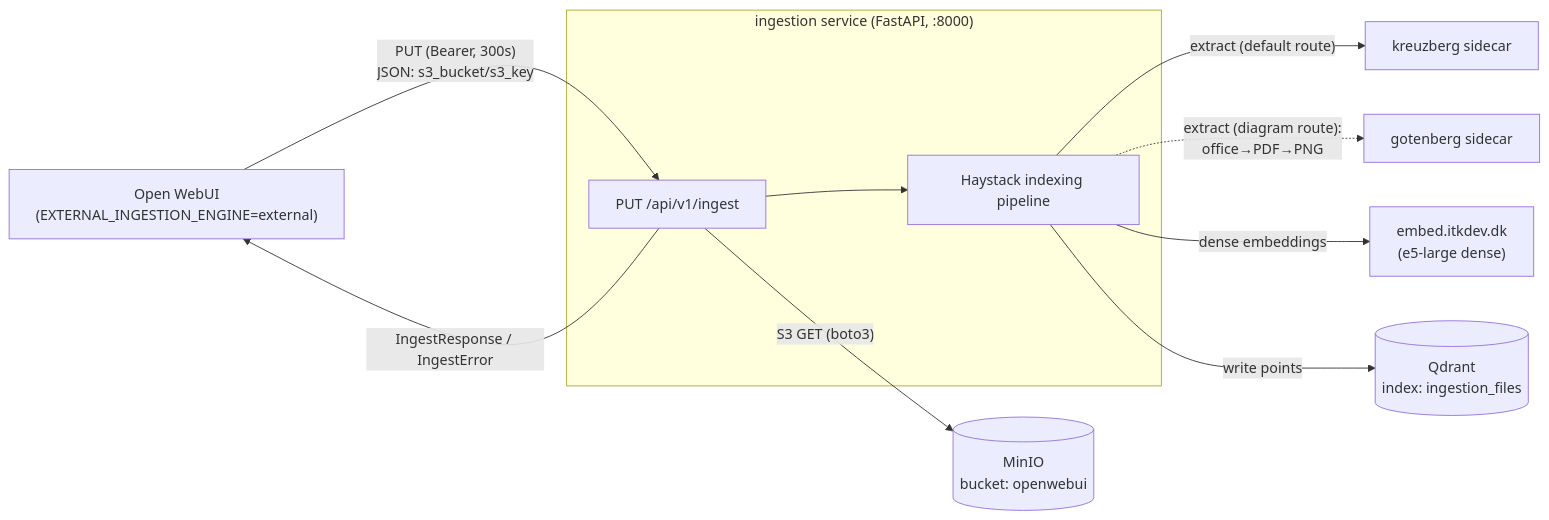
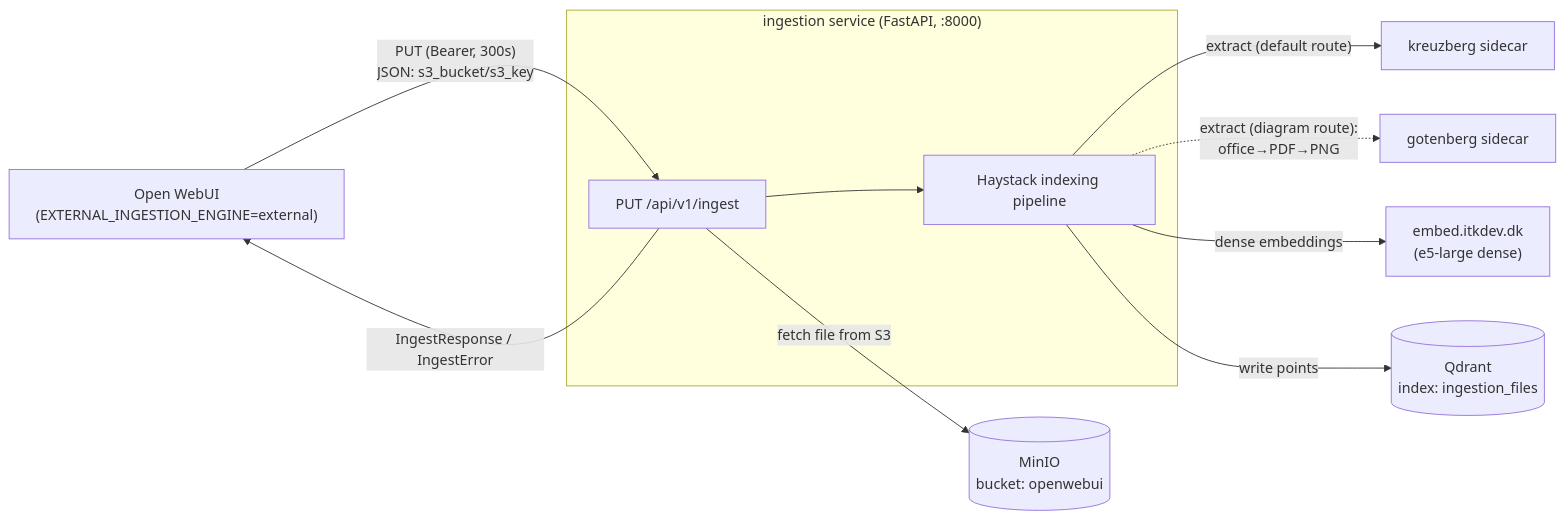
Before and after one commit to AarhusAI/ingestion-service: the first of 5 diagrams in docs/data-flow.md, drawn with Mermaid. The commit also changed other lines of this file, not shown here.

Commit message:
Update data flow

````diff
--- a/docs/data-flow.md
+++ b/docs/data-flow.md
@@ -55,22 +44,22 @@
 ```mermaid
 flowchart LR
     OWUI["Open WebUI<br/>(EXTERNAL_INGESTION_ENGINE=external)"]
     subgraph SVC["ingestion service (FastAPI, :8000)"]
         ROUTE["PUT /api/v1/ingest"]
         PIPE["Haystack indexing pipeline"]
     end
     MINIO[("MinIO<br/>bucket: openwebui")]
     KRZ["kreuzberg sidecar"]
     GOT["gotenberg sidecar"]
     EMB["embed.itkdev.dk<br/>(e5-large dense)"]
     QDR[("Qdrant<br/>index: ingestion_files")]
 
     OWUI -->|"PUT (Bearer, 300s)<br/>JSON: s3_bucket/s3_key"| ROUTE
-    ROUTE -->|"S3 GET (boto3)"| MINIO
+    ROUTE -->|"fetch file from S3"| MINIO
     ROUTE --> PIPE
     PIPE -->|"extract (default route)"| KRZ
     PIPE -.->|"extract (diagram route):<br/>office→PDF→PNG"| GOT
     PIPE -->|"dense embeddings"| EMB
     PIPE -->|"write points"| QDR
     ROUTE -->|"IngestResponse / IngestError"| OWUI
 ```
````
